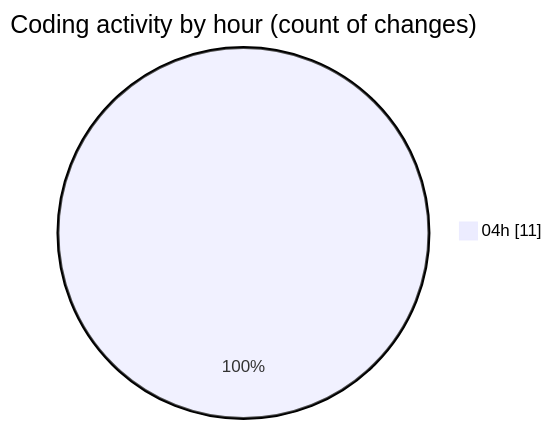
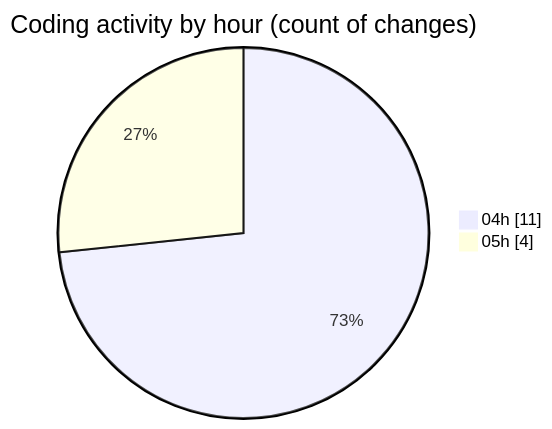
Before and after one commit to idhammustaqopulfikri/code-tracking: the second of 2 diagrams in 2025-03-27/autodidak/README.md, drawn with Mermaid. The commit also changed other lines of this file and 1 other file, not shown here.

````diff
--- a/2025-03-27/autodidak/README.md
+++ b/2025-03-27/autodidak/README.md
@@ -30,5 +32,6 @@
 ```mermaid
 pie showData
 title Coding activity by hour (count of changes)
 "04h" : 11
+"05h" : 4
 ```
````
